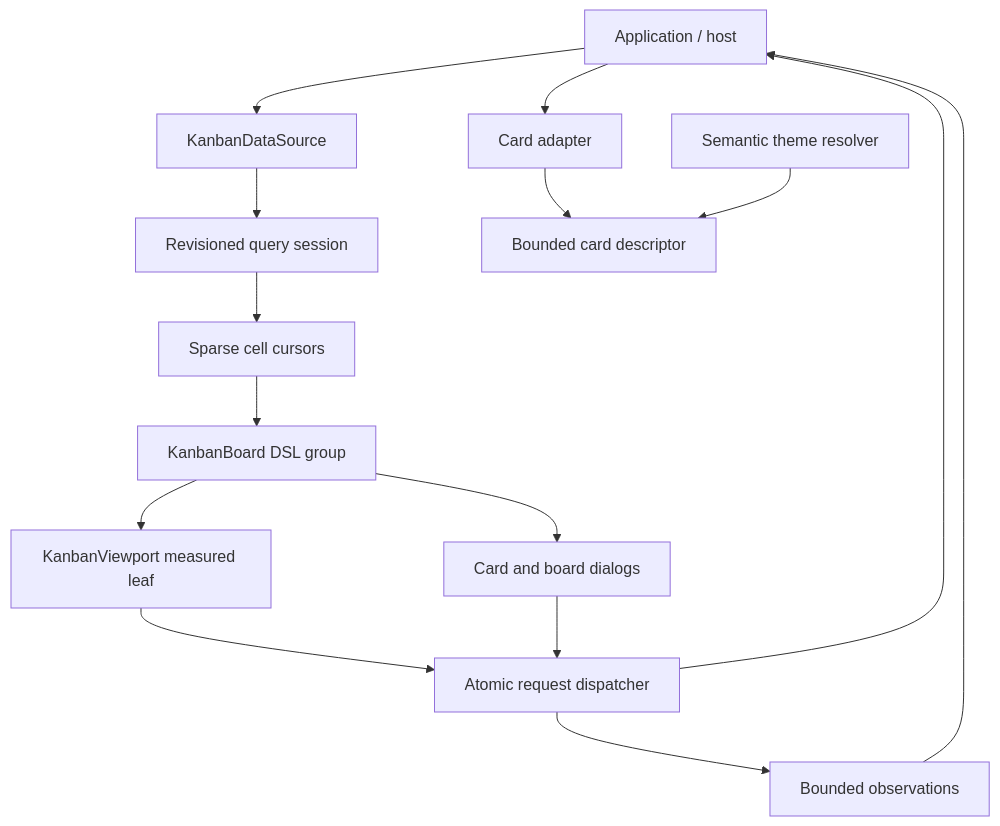
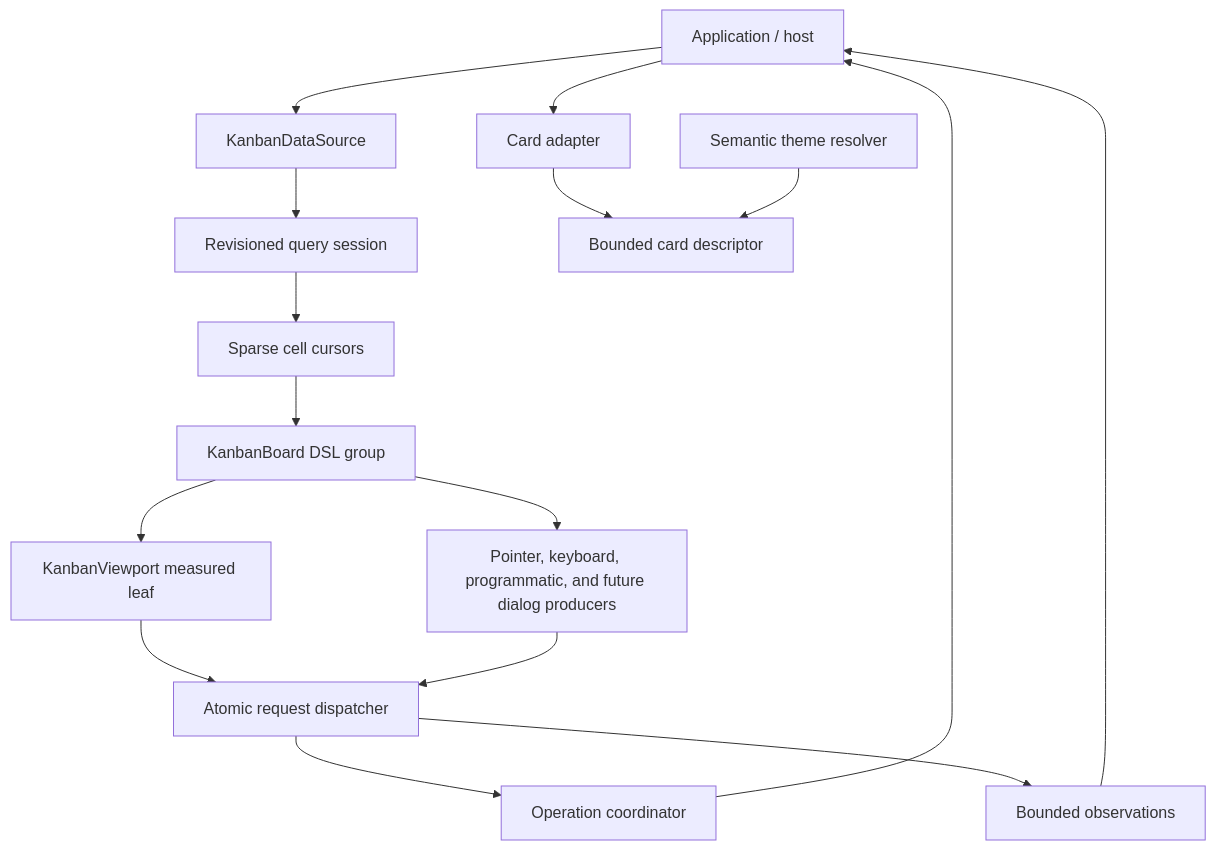
Before and after one commit to blendsdk/jsvision: the diagram in docs/architecture/system-overview.md, drawn with Mermaid. The commit also changed other lines of this file and 82 other files, not shown here.

````diff
--- a/docs/architecture/system-overview.md
+++ b/docs/architecture/system-overview.md
@@ -16,30 +17,32 @@
 ```mermaid
 graph TB
     Host[Application / host]
     Source[KanbanDataSource]
     Session[Revisioned query session]
     Cursor[Sparse cell cursors]
     Adapter[Card adapter]
     Descriptor[Bounded card descriptor]
     Theme[Semantic theme resolver]
     Board[KanbanBoard DSL group]
     Viewport[KanbanViewport measured leaf]
-    Dialogs[Card and board dialogs]
+    Producers[Pointer, keyboard, programmatic, and future dialog producers]
+    Coordinator[Operation coordinator]
     Requests[Atomic request dispatcher]
     Events[Bounded observations]
 
     Host --> Source
     Source --> Session
     Session --> Cursor
     Host --> Adapter
     Adapter --> Descriptor
     Theme --> Descriptor
     Cursor --> Board
     Board --> Viewport
-    Board --> Dialogs
+    Board --> Producers
     Viewport --> Requests
-    Dialogs --> Requests
-    Requests --> Host
+    Producers --> Requests
+    Requests --> Coordinator
+    Coordinator --> Host
     Requests --> Events
     Events --> Host
 ```
````
